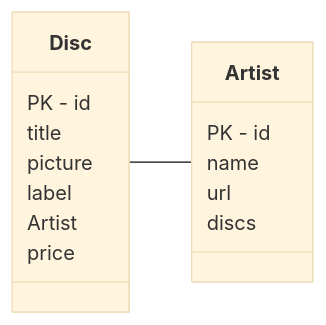
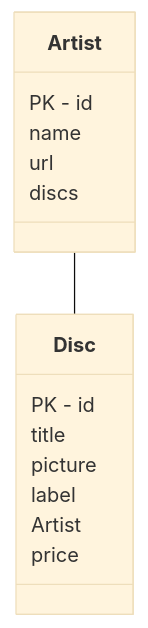
Before and after one commit to jeanmarie80000/php-velvet: the diagram in UML.md, drawn with Mermaid (base theme). The commit also changed 2 other files, not shown here.

Commit message:
commit 25/10 16h12

````diff
--- a/UML.md
+++ b/UML.md
@@ -1,23 +1,22 @@
 ```mermaid
 classDiagram
-direction RL
 
 class Artist{
 PK - id
 name
 url
 discs
 }
 
 Artist -- Disc
 class Disc{
 PK - id
 title
 picture
 label
 Artist
 price
 }
 
 
 ```
````
